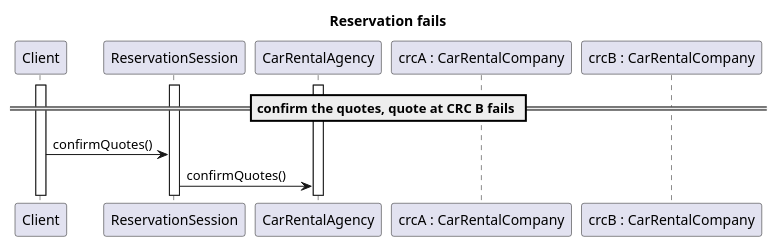
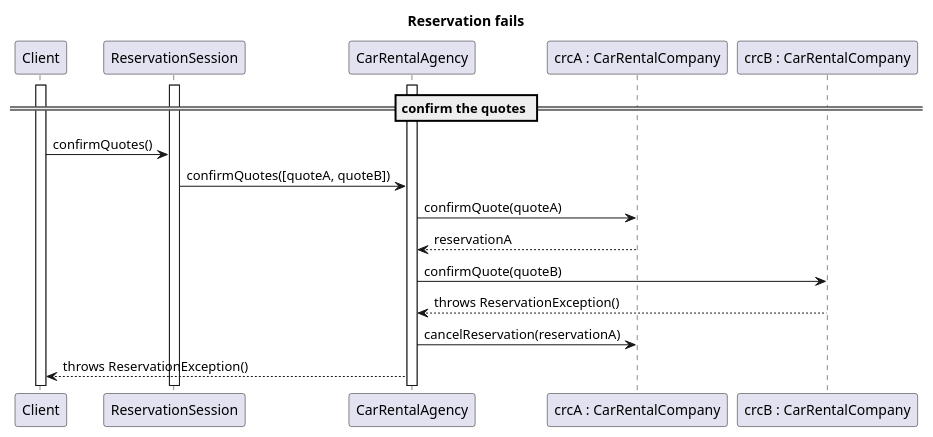
One commit to Bhamoss/java_rmi_ds_project changed the diagram in diagrams/sequenceDiagrams/reservationFails.puml. Above: the diagram before and after it, drawn with PlantUML. The commit also changed 3 other files, not shown here.

Commit message:
sequence diagram af denk ik

```diff
--- a/diagrams/sequenceDiagrams/reservationFails.puml
+++ b/diagrams/sequenceDiagrams/reservationFails.puml
@@ -1,26 +1,35 @@
 @startuml
 title "Reservation fails"
 
 
 participant Client
 participant ReservationSession
 participant CarRentalAgency
 participant "crcA : CarRentalCompany" as CarRentalCompanyA
 participant "crcB : CarRentalCompany" as CarRentalCompanyB
 
 
 activate Client
 activate ReservationSession
 activate CarRentalAgency
 
-== confirm the quotes, quote at CRC B fails ==
+== confirm the quotes ==
 
 Client -> ReservationSession: confirmQuotes()
-ReservationSession -> CarRentalAgency: confirmQuotes()
-' TODO: verder aanvullen wat cra met confirmquotes doet
-'   zijn quotes nog valid, bij A valid, bij B fail
+ReservationSession -> CarRentalAgency: confirmQuotes([quoteA, quoteB])
+
+CarRentalAgency->CarRentalCompanyA: confirmQuote(quoteA)
+CarRentalCompanyA--> CarRentalAgency: reservationA
+
+
+CarRentalAgency->CarRentalCompanyB: confirmQuote(quoteB)
+CarRentalCompanyB--> CarRentalAgency: throws ReservationException()
+
+CarRentalAgency->CarRentalCompanyA: cancelReservation(reservationA)
+
+CarRentalAgency-->Client: throws ReservationException()
 
 
 
 
 @enduml
```
